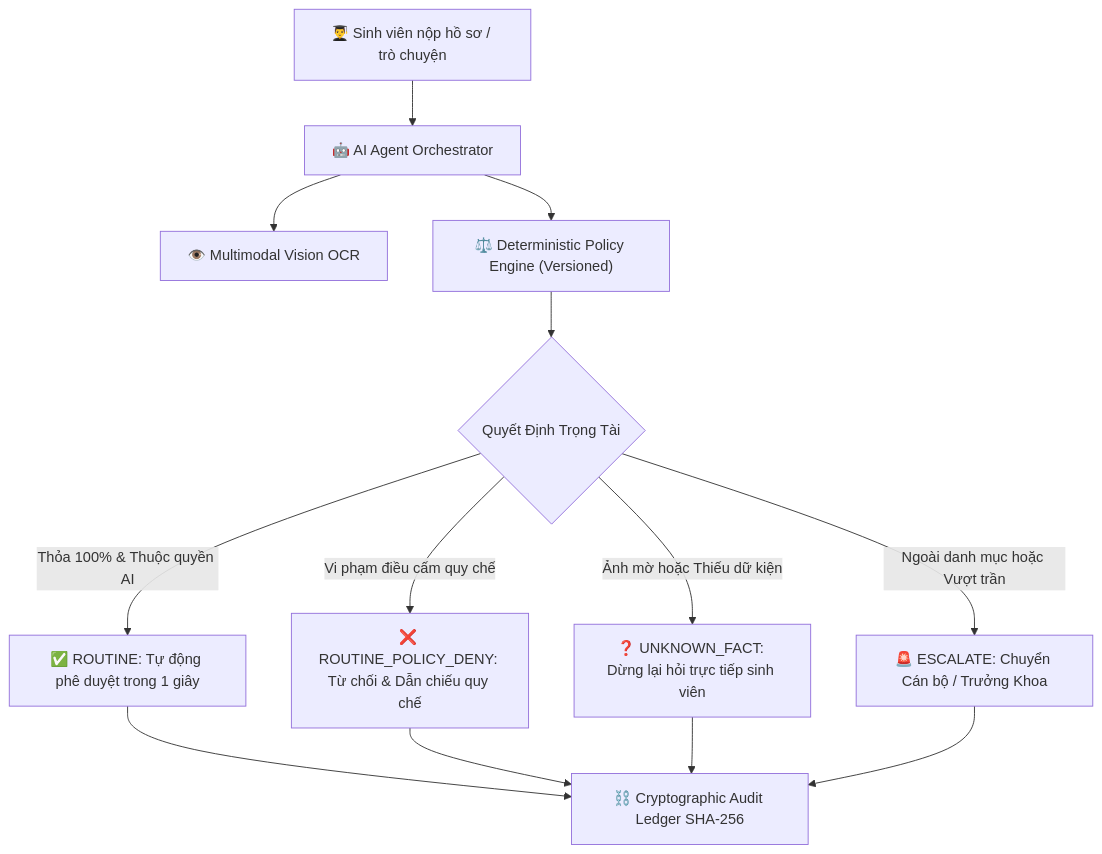
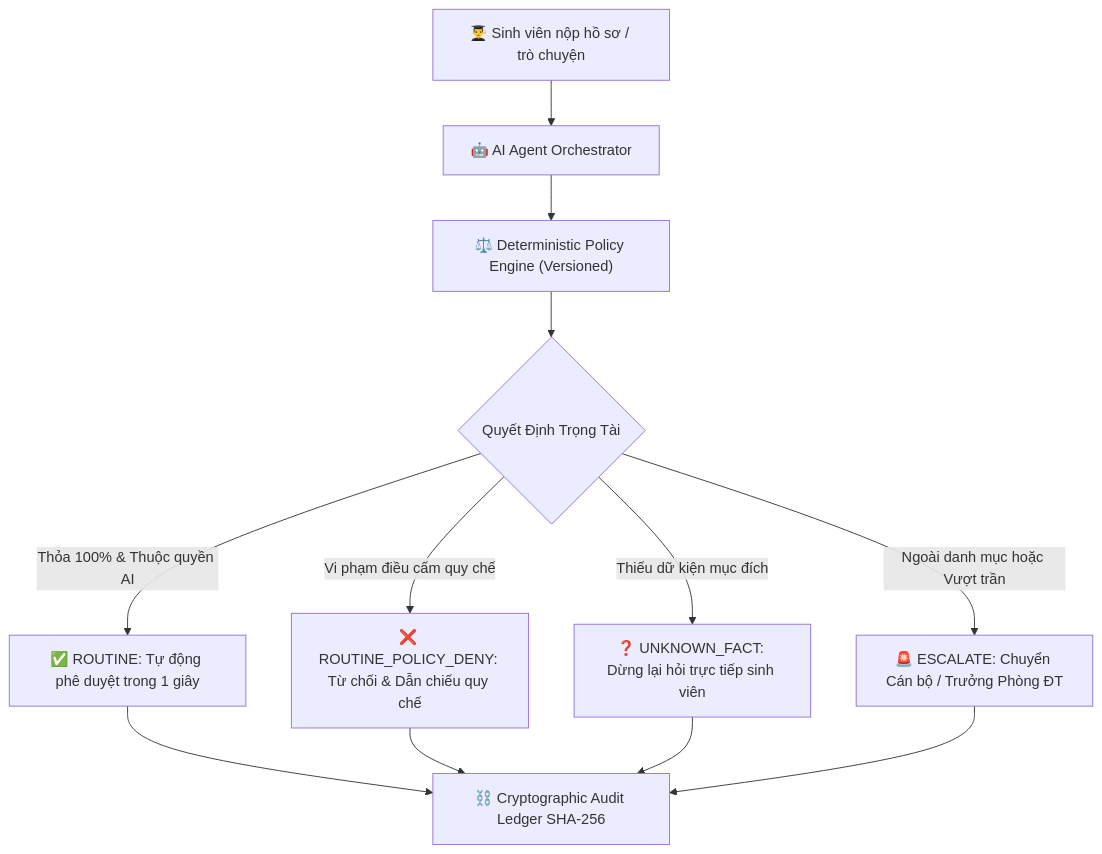
The first of 3 diagrams in README.md (HuuNhan-147/EduRef_AI_Agent), drawn with Mermaid before and after one commit. The commit also changed other lines of this file and 43 other files, not shown here.

Commit message:
feat(ui/core): hoàn thiện hồ sơ sinh viên tùy biến, auto-fill biểu mẫu đơn và nhận diện thương hiệu HUTECH

````diff
--- a/README.md
+++ b/README.md
@@ -59,17 +59,16 @@
 ```mermaid
 graph TD
     User["👨‍🎓 Sinh viên nộp hồ sơ / trò chuyện"] --> Agent["🤖 AI Agent Orchestrator"]
-    Agent --> Vision["👁️ Multimodal Vision OCR"]
     Agent --> Policy["⚖️ Deterministic Policy Engine (Versioned)"]
     
     Policy --> Decisions{"Quyết Định Trọng Tài"}
     Decisions -->|"Thỏa 100% & Thuộc quyền AI"| AUTO["✅ ROUTINE: Tự động phê duyệt trong 1 giây"]
-    Decisions -->|"Ảnh mờ hoặc Thiếu dữ kiện"| ASK["❓ UNKNOWN_FACT: Dừng lại hỏi trực tiếp sinh viên"]
+    Decisions -->|"Thiếu dữ kiện mục đích"| ASK["❓ UNKNOWN_FACT: Dừng lại hỏi trực tiếp sinh viên"]
     Decisions -->|"Vi phạm điều cấm quy chế"| REJECT["❌ ROUTINE_POLICY_DENY: Từ chối & Dẫn chiếu quy chế"]
-    Decisions -->|"Ngoài danh mục hoặc Vượt trần"| ESCALATE["🚨 ESCALATE: Chuyển Cán bộ / Trưởng Khoa"]
+    Decisions -->|"Ngoài danh mục hoặc Vượt trần"| ESCALATE["🚨 ESCALATE: Chuyển Cán bộ / Trưởng Phòng ĐT"]
     
     AUTO --> Audit["⛓️ Cryptographic Audit Ledger SHA-256"]
     REJECT --> Audit
     ASK --> Audit
     ESCALATE --> Audit
 ```
````
